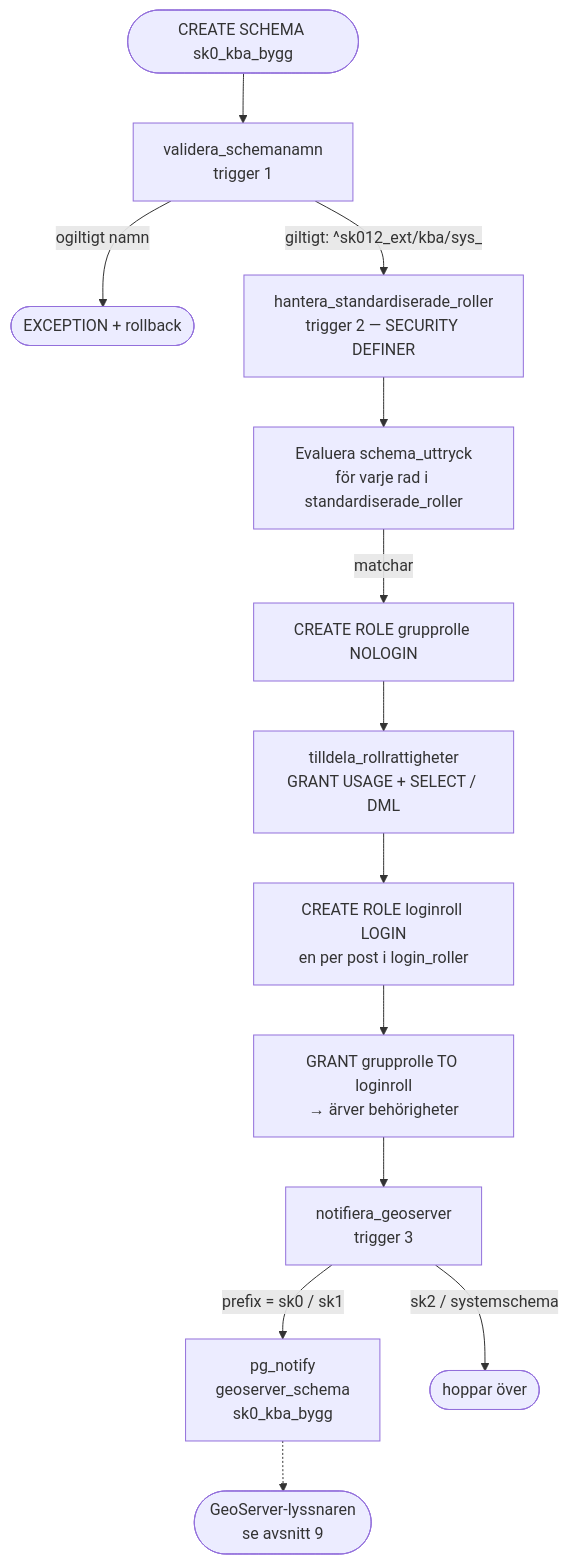
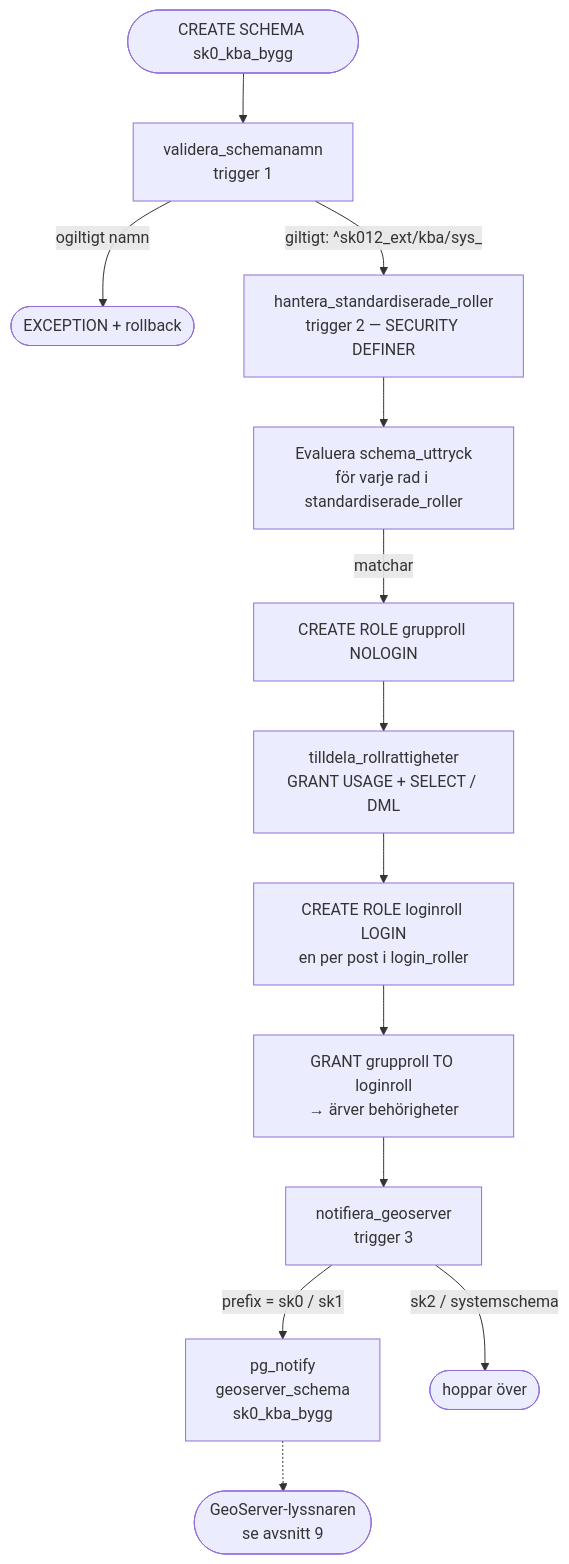
The second of 9 diagrams in LOGIC_MAP.md (Geodata-Kungsbacka/Hex), drawn with Mermaid before and after one commit.

````diff
--- a/LOGIC_MAP.md
+++ b/LOGIC_MAP.md
@@ -120,19 +120,19 @@
 ```mermaid
 flowchart TD
     START(["CREATE SCHEMA sk0_kba_bygg"])
     START --> VS["validera_schemanamn<br/>trigger 1"]
     VS --> |"ogiltigt namn"| ERRV(["EXCEPTION + rollback"])
     VS --> |"giltigt: ^sk012_ext/kba/sys_"| HSR
 
     HSR["hantera_standardiserade_roller<br/>trigger 2 — SECURITY DEFINER"]
     HSR --> LOOP["Evaluera schema_uttryck<br/>för varje rad i standardiserade_roller"]
-    LOOP --> |matchar| GRP["CREATE ROLE grupprolle NOLOGIN"]
+    LOOP --> |matchar| GRP["CREATE ROLE grupproll NOLOGIN"]
     GRP --> TRR["tilldela_rollrattigheter<br/>GRANT USAGE + SELECT / DML"]
     TRR --> LGN["CREATE ROLE loginroll LOGIN<br/>en per post i login_roller"]
-    LGN --> LGRANT["GRANT grupprolle TO loginroll<br/>→ ärver behörigheter"]
+    LGN --> LGRANT["GRANT grupproll TO loginroll<br/>→ ärver behörigheter"]
 
     LGRANT --> NG["notifiera_geoserver<br/>trigger 3"]
     NG --> |"prefix = sk0 / sk1"| NOTIFY["pg_notify<br/>geoserver_schema<br/>sk0_kba_bygg"]
     NG --> |"sk2 / systemschema"| SKIP(["hoppar över"])
     NOTIFY -.-> GS(["GeoServer-lyssnaren<br/>se avsnitt 9"])
 ```
````
